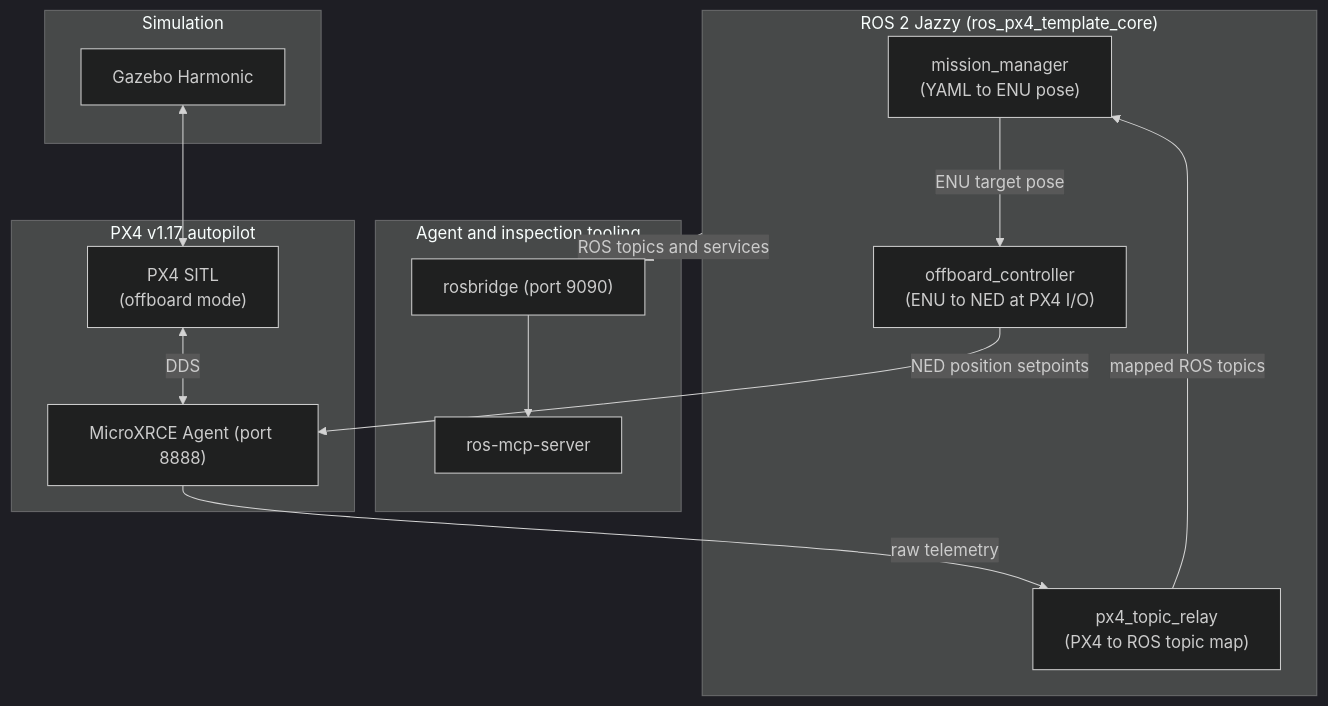
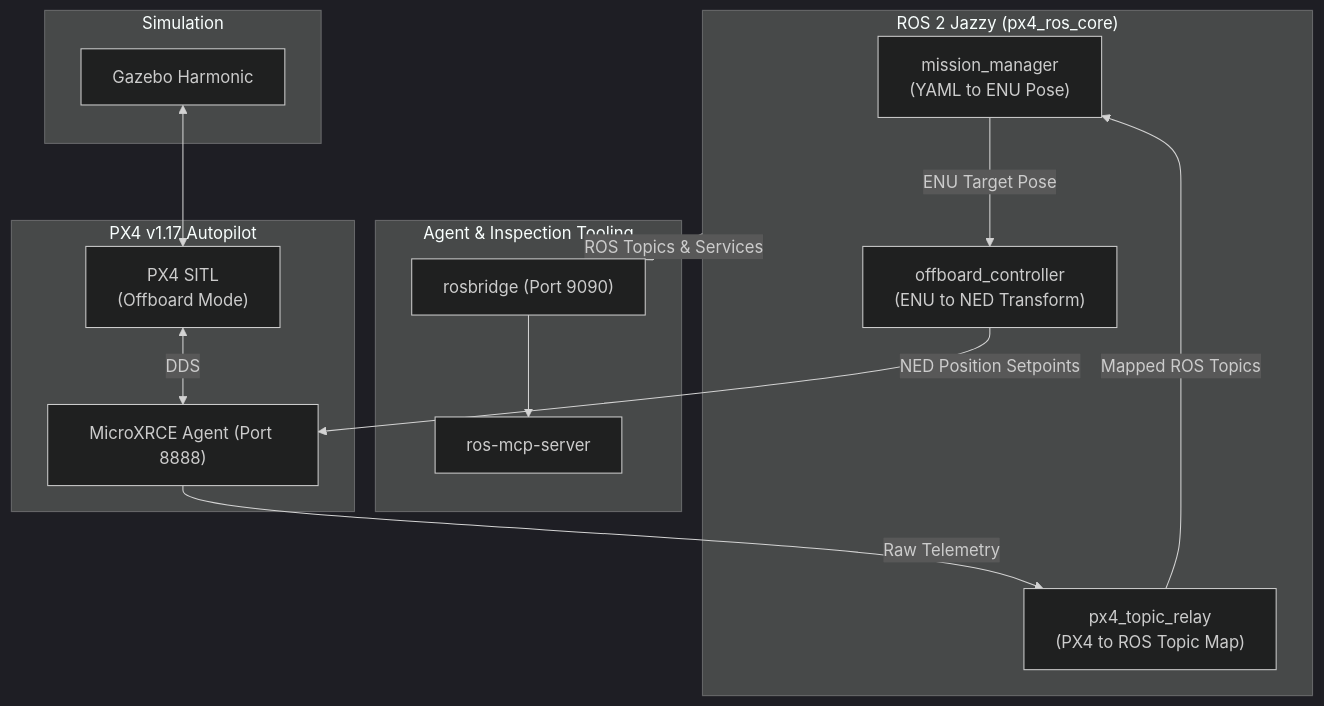
One commit to 2vyy/ros-px4-template changed the diagram in README.md. Above: the diagram before and after it, drawn with Mermaid (dark theme).

Commit message:
docs: fix mermaid graph

````diff
--- a/README.md
+++ b/README.md
@@ -26,33 +26,36 @@
 ```mermaid
 flowchart TD
-    subgraph agent_layer ["Agent and inspection tooling"]
-        Bridge["rosbridge (port 9090)"]
+    subgraph agent_layer ["Agent & Inspection Tooling"]
+        Bridge["rosbridge (Port 9090)"]
         MCP["ros-mcp-server"]
     end
 
-    subgraph ros_layer ["ROS 2 Jazzy (ros_px4_template_core)"]
-        mission["mission_manager\n(YAML to ENU pose)"]
-        offboard["offboard_controller\n(ENU to NED at PX4 I/O)"]
-        relay["px4_topic_relay\n(PX4 to ROS topic map)"]
+    subgraph ros_layer ["ROS 2 Jazzy (px4_ros_core)"]
+        mission["mission_manager\n(YAML to ENU Pose)"]
+        offboard["offboard_controller\n(ENU to NED Transform)"]
+        relay["px4_topic_relay\n(PX4 to ROS Topic Map)"]
     end
 
-    subgraph px4_layer ["PX4 v1.17 autopilot"]
-        XRCE["MicroXRCE Agent (port 8888)"]
-        SITL["PX4 SITL\n(offboard mode)"]
+    subgraph px4_layer ["PX4 v1.17 Autopilot"]
+        XRCE["MicroXRCE Agent (Port 8888)"]
+        SITL["PX4 SITL\n(Offboard Mode)"]
     end
 
     subgraph sim_layer ["Simulation"]
         Gazebo["Gazebo Harmonic"]
     end
 
+    %% Simulation & Autopilot Loop
     Gazebo <--> SITL
     SITL <-->|DDS| XRCE
 
-    mission -->|ENU target pose| offboard
-    XRCE -->|raw telemetry| relay
-    relay -->|mapped ROS topics| mission
-    offboard -->|NED position setpoints| XRCE
+    %% Control Flow
+    mission -->|ENU Target Pose| offboard
+    XRCE -->|Raw Telemetry| relay
+    relay -->|Mapped ROS Topics| mission
+    offboard -->|NED Position Setpoints| XRCE
 
-    ros_layer -->|ROS topics and services| Bridge
+    %% Tooling Integration
+    ros_layer -->|ROS Topics & Services| Bridge
     Bridge --> MCP
 ```
````
